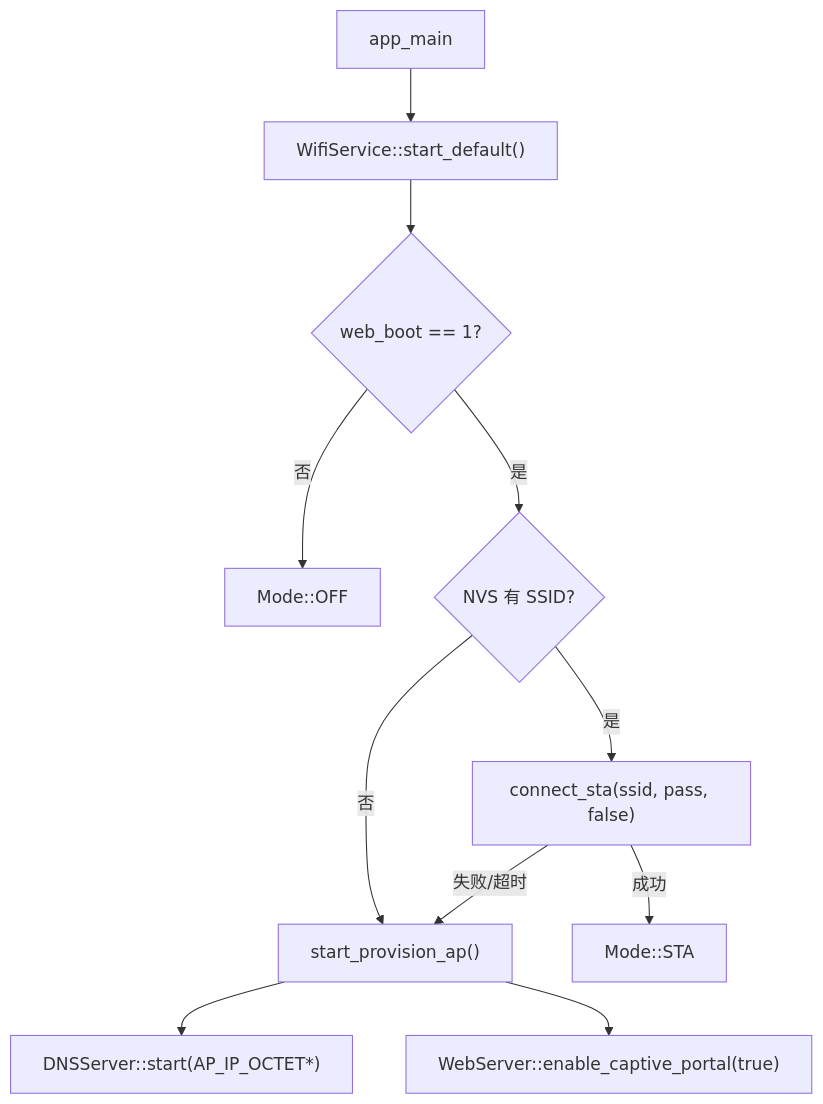
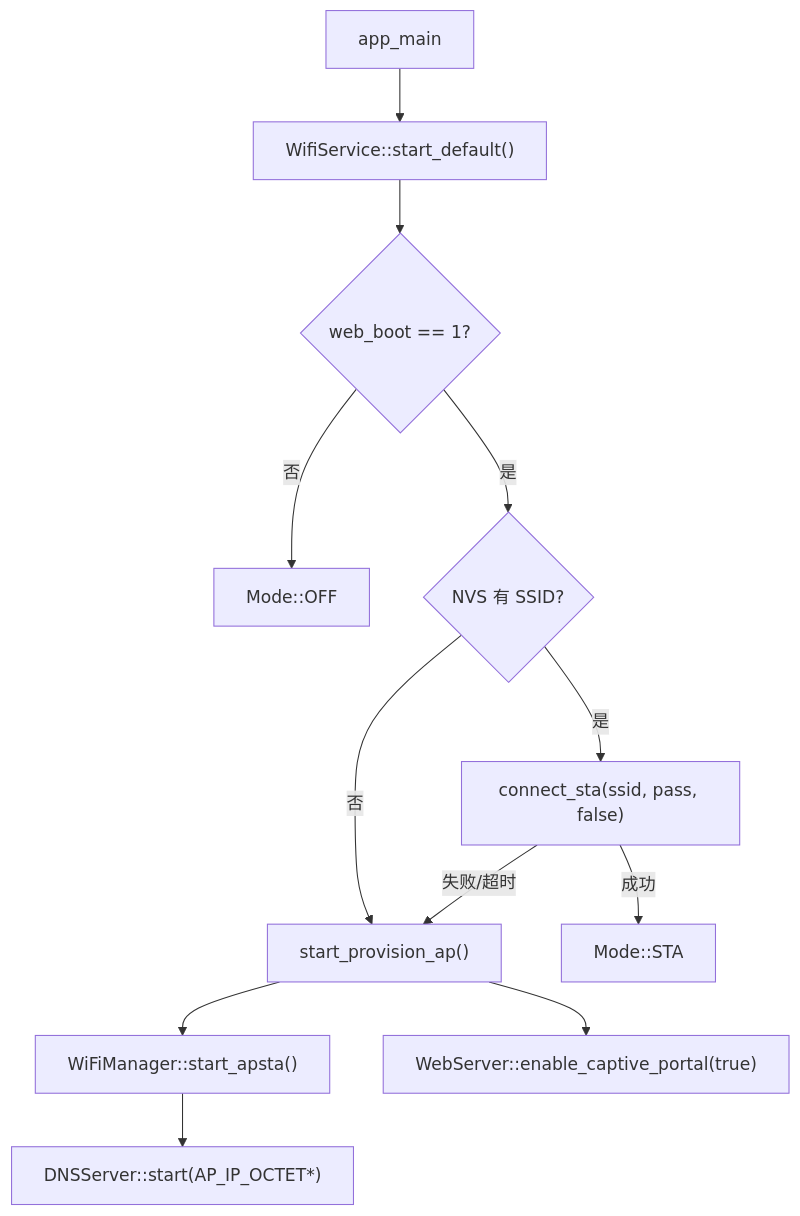
The diagram in components/app/wifi_service/README.md (qingmeijiupiao/Wireless_power_meter_lite), drawn with Mermaid before and after one commit. The commit also changed other lines of this file and 30 other files, not shown here.

````diff
--- a/components/app/wifi_service/README.md
+++ b/components/app/wifi_service/README.md
@@ -23,13 +24,14 @@
 ```mermaid
 flowchart TD
     Main["app_main"] --> Init["WifiService::start_default()"]
     Init --> BootCheck{"web_boot == 1?"}
     BootCheck -->|否| Off["Mode::OFF"]
     BootCheck -->|是| HasSta{"NVS 有 SSID?"}
     HasSta -->|是| StaConnect["connect_sta(ssid, pass, false)"]
     HasSta -->|否| AP["start_provision_ap()"]
     StaConnect -->|成功| STA["Mode::STA"]
     StaConnect -->|失败/超时| AP
-    AP --> DNS["DNSServer::start(AP_IP_OCTET*)"]
+    AP --> APSTA["WiFiManager::start_apsta()"]
+    APSTA --> DNS["DNSServer::start(AP_IP_OCTET*)"]
     AP --> Portal["WebServer::enable_captive_portal(true)"]
 ```
````
